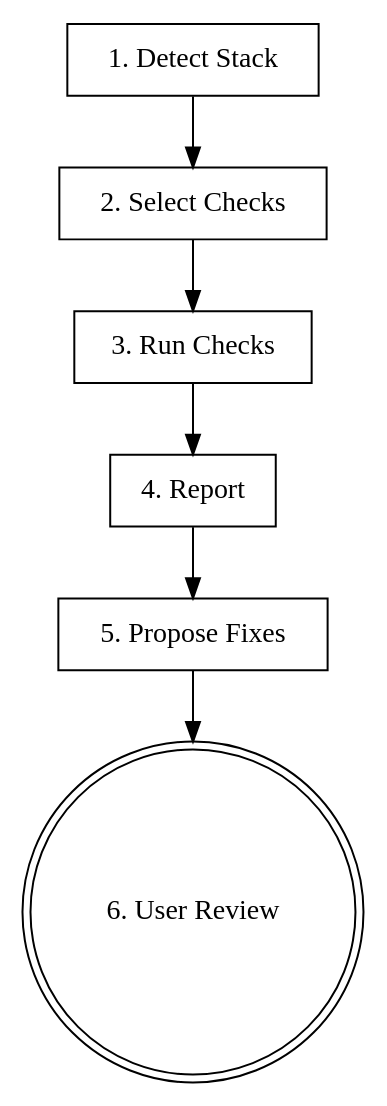
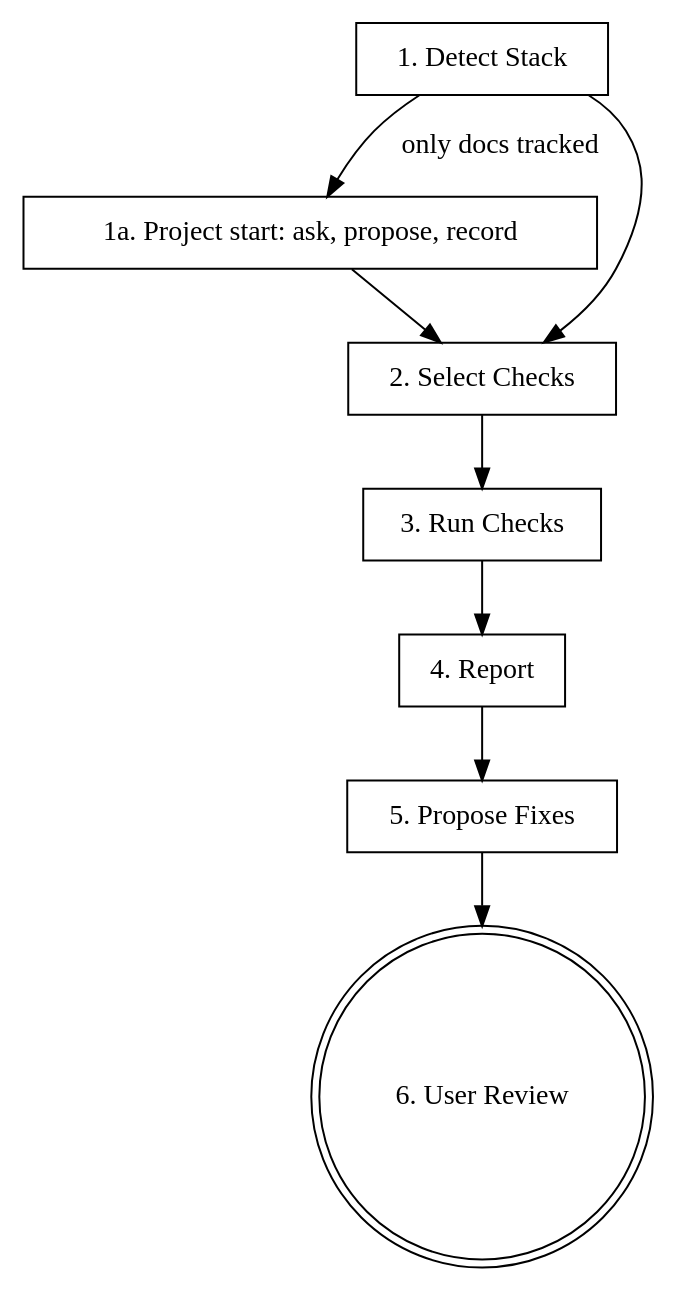
The diagram in plugins/repo-setup/skills/codebase-doctor/SKILL.md (shibamasa-dev/claude-code-plugins), drawn with Graphviz before and after one commit. The commit also changed other lines of this file and 6 other files, not shown here.

First line of the commit message:
feat(repo-setup): codebase-doctor asks, proposes a stack and records a Decided setup section at project start (#99)

````diff
--- a/plugins/repo-setup/skills/codebase-doctor/SKILL.md
+++ b/plugins/repo-setup/skills/codebase-doctor/SKILL.md
@@ -14,13 +14,16 @@
 ```dot
 digraph doctor {
   rankdir=TB;
   detect [label="1. Detect Stack" shape=box];
+  start [label="1a. Project start: ask, propose, record" shape=box];
   select [label="2. Select Checks" shape=box];
   run [label="3. Run Checks" shape=box];
   report [label="4. Report" shape=box];
   propose [label="5. Propose Fixes" shape=box];
   review [label="6. User Review" shape=doublecircle];
 
   detect -> select -> run -> report -> propose -> review;
+  detect -> start [label="only docs tracked"];
+  start -> select;
 }
 ```
````
